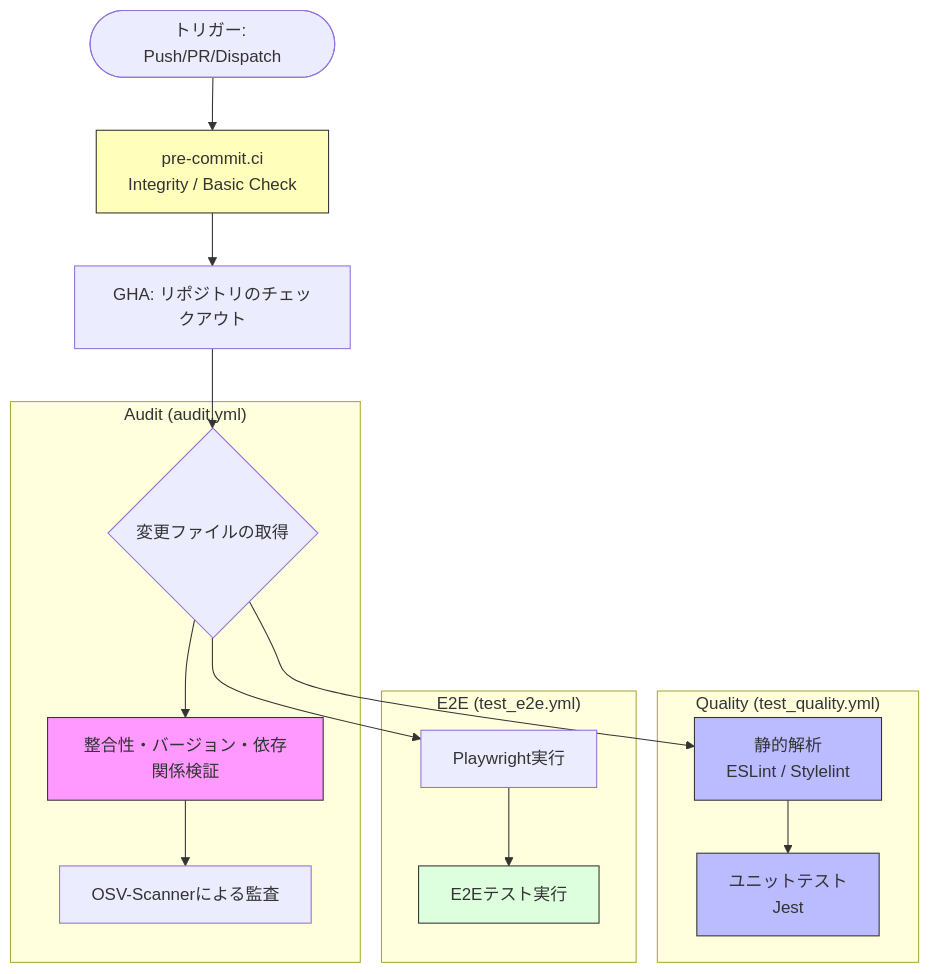
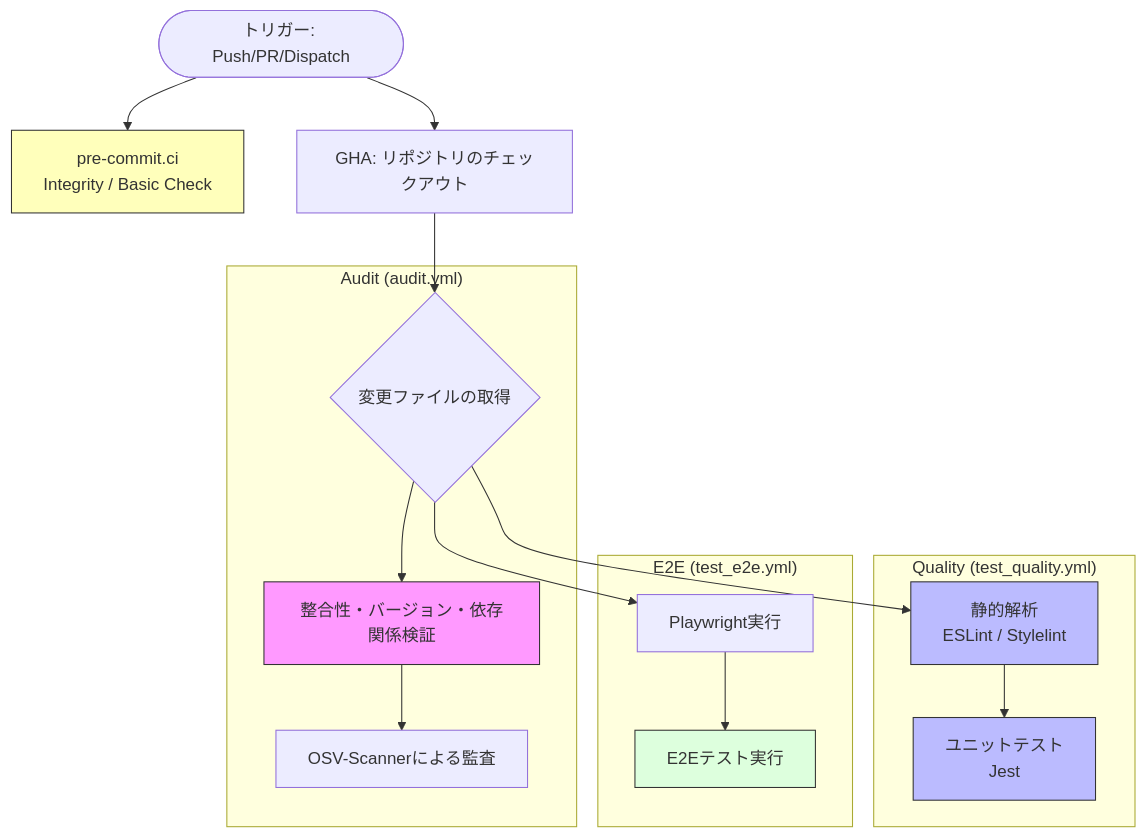
One commit to masanori-satake/QuickLog-Solo changed the first of 2 diagrams in docs/README_ACTIONS.md. Above: the diagram before and after it, drawn with Mermaid.

````diff
--- a/docs/README_ACTIONS.md
+++ b/docs/README_ACTIONS.md
@@ -95,27 +95,28 @@
 ```mermaid
 graph TD
-    Start([トリガー: Push/PR/Dispatch]) --> PreCommit[pre-commit.ci<br/>Integrity / Basic Check]
-    PreCommit --> Checkout[GHA: リポジトリのチェックアウト]
+    Start([トリガー: Push/PR/Dispatch])
+    Start --> PreCommit[pre-commit.ci<br/>Integrity / Basic Check]
+    Start --> Checkout[GHA: リポジトリのチェックアウト]
     Checkout --> GetChanged{変更ファイルの取得}
 
     subgraph "Audit (audit.yml)"
         GetChanged --> CleanCheck[整合性・バージョン・依存関係検証]
         CleanCheck --> OSVScan[OSV-Scannerによる監査]
     end
 
     subgraph "Quality (test_quality.yml)"
         GetChanged --> Lint[静的解析<br/>ESLint / Stylelint]
         Lint --> UnitTests[ユニットテスト<br/>Jest]
     end
 
     subgraph "E2E (test_e2e.yml)"
         GetChanged --> Playwright[Playwright実行]
         Playwright --> RunE2E[E2Eテスト実行]
     end
 
     style CleanCheck fill:#f9f,stroke:#333
     style PreCommit fill:#ffb,stroke:#333
     style Lint fill:#bbf,stroke:#333
     style UnitTests fill:#bbf,stroke:#333
     style RunE2E fill:#dfd,stroke:#333
 ```
````
